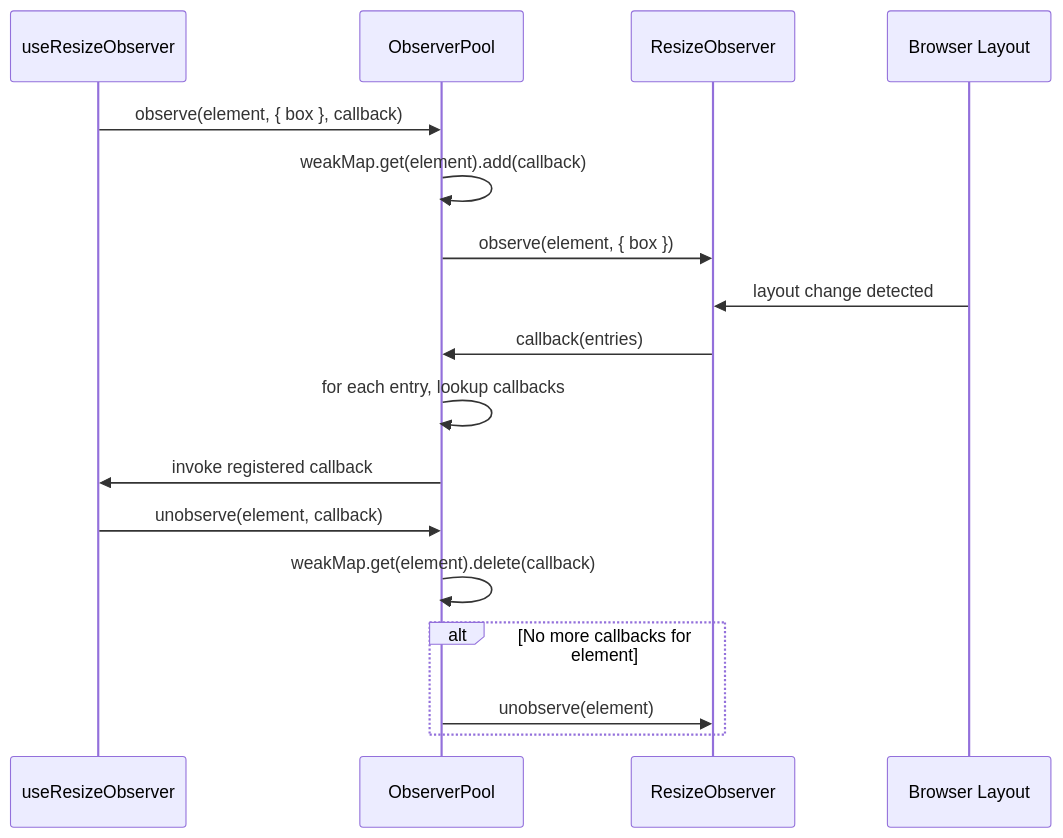
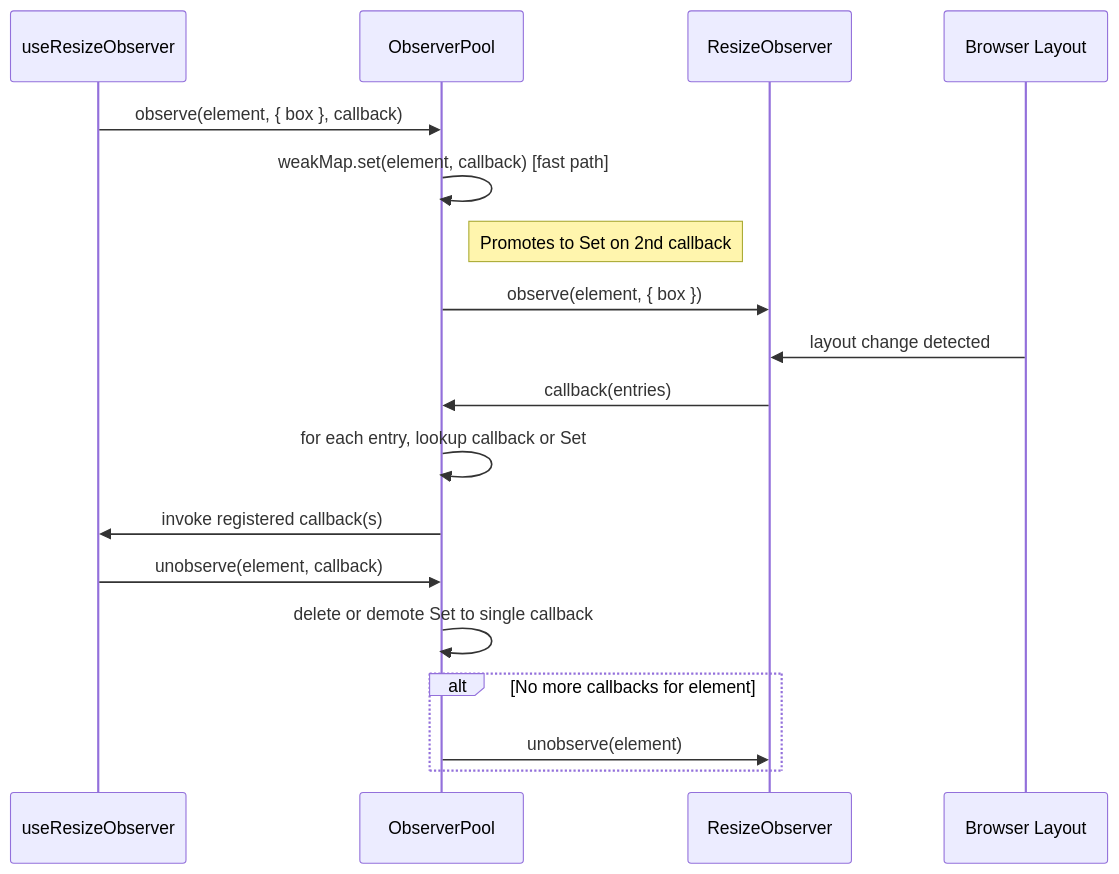
The second of 5 diagrams in docs/guide/architecture.md (ABCrimson/use-resize-observer), drawn with Mermaid before and after one commit. The commit also changed other lines of this file and 61 other files, not shown here.

````diff
--- a/docs/guide/architecture.md
+++ b/docs/guide/architecture.md
@@ -46,22 +46,23 @@
 ```mermaid
 sequenceDiagram
     participant Hook as useResizeObserver
     participant Pool as ObserverPool
     participant RO as ResizeObserver
     participant DOM as Browser Layout
 
     Hook->>Pool: observe(element, { box }, callback)
-    Pool->>Pool: weakMap.get(element).add(callback)
+    Pool->>Pool: weakMap.set(element, callback) [fast path]
+    Note right of Pool: Promotes to Set on 2nd callback
     Pool->>RO: observe(element, { box })
 
     DOM->>RO: layout change detected
     RO->>Pool: callback(entries)
-    Pool->>Pool: for each entry, lookup callbacks
-    Pool->>Hook: invoke registered callback
+    Pool->>Pool: for each entry, lookup callback or Set
+    Pool->>Hook: invoke registered callback(s)
 
     Hook->>Pool: unobserve(element, callback)
-    Pool->>Pool: weakMap.get(element).delete(callback)
+    Pool->>Pool: delete or demote Set to single callback
     alt No more callbacks for element
         Pool->>RO: unobserve(element)
     end
 ```
````
